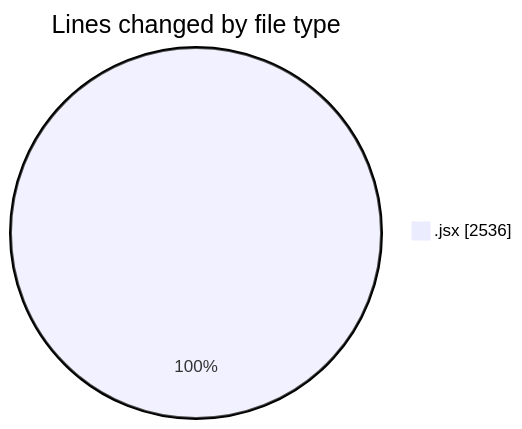
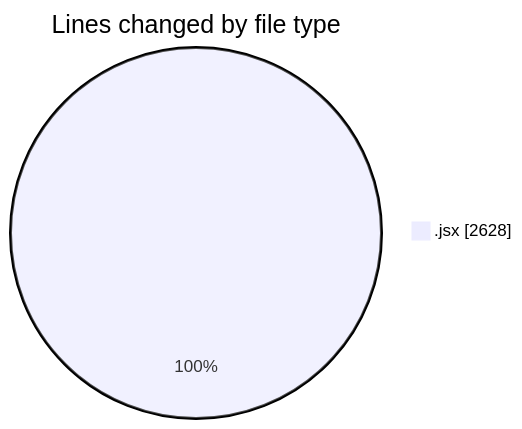
One commit to nxtqubesakshisongat/code-tracking changed the first of 2 diagrams in 2025-09-28/nxtqube_webapp/README.md. Above: the diagram before and after it, drawn with Mermaid. The commit also changed other lines of this file and 1 other file, not shown here.

````diff
--- a/2025-09-28/nxtqube_webapp/README.md
+++ b/2025-09-28/nxtqube_webapp/README.md
@@ -20,5 +20,5 @@
 ```mermaid
 pie showData
 title Lines changed by file type
-".jsx" : 2536
+".jsx" : 2628
 ```
````
